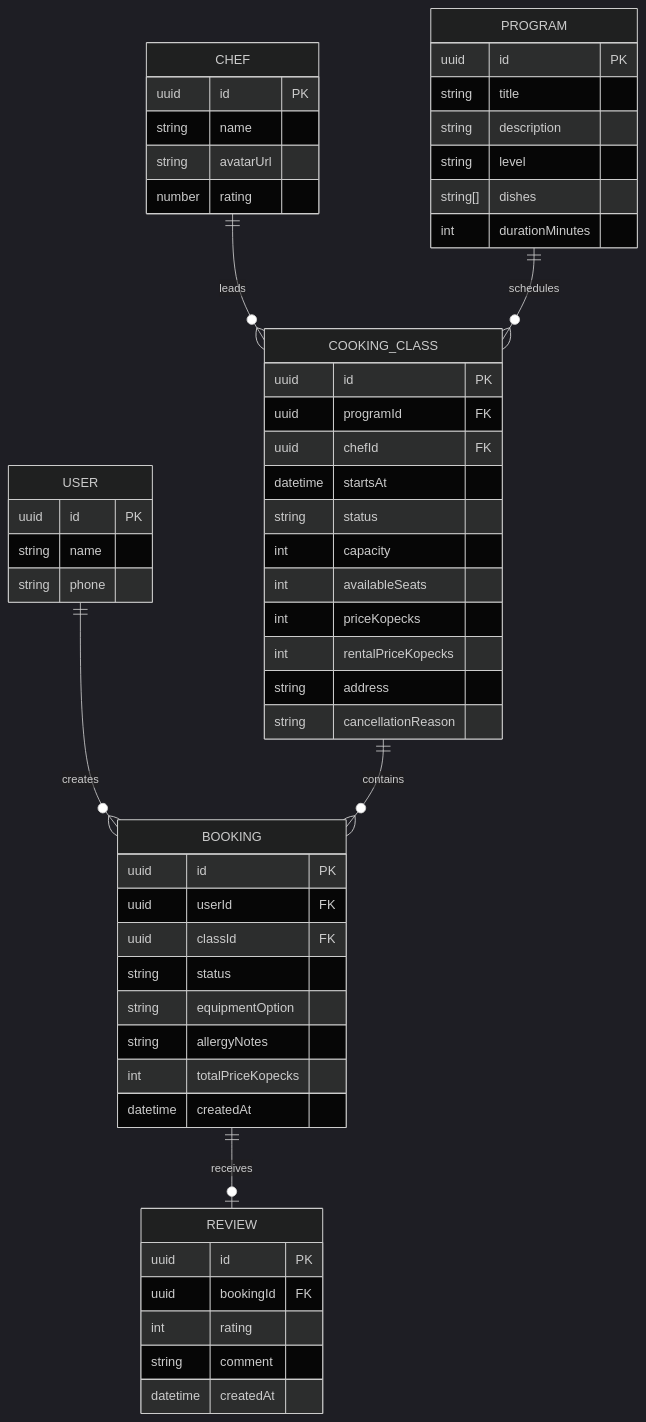
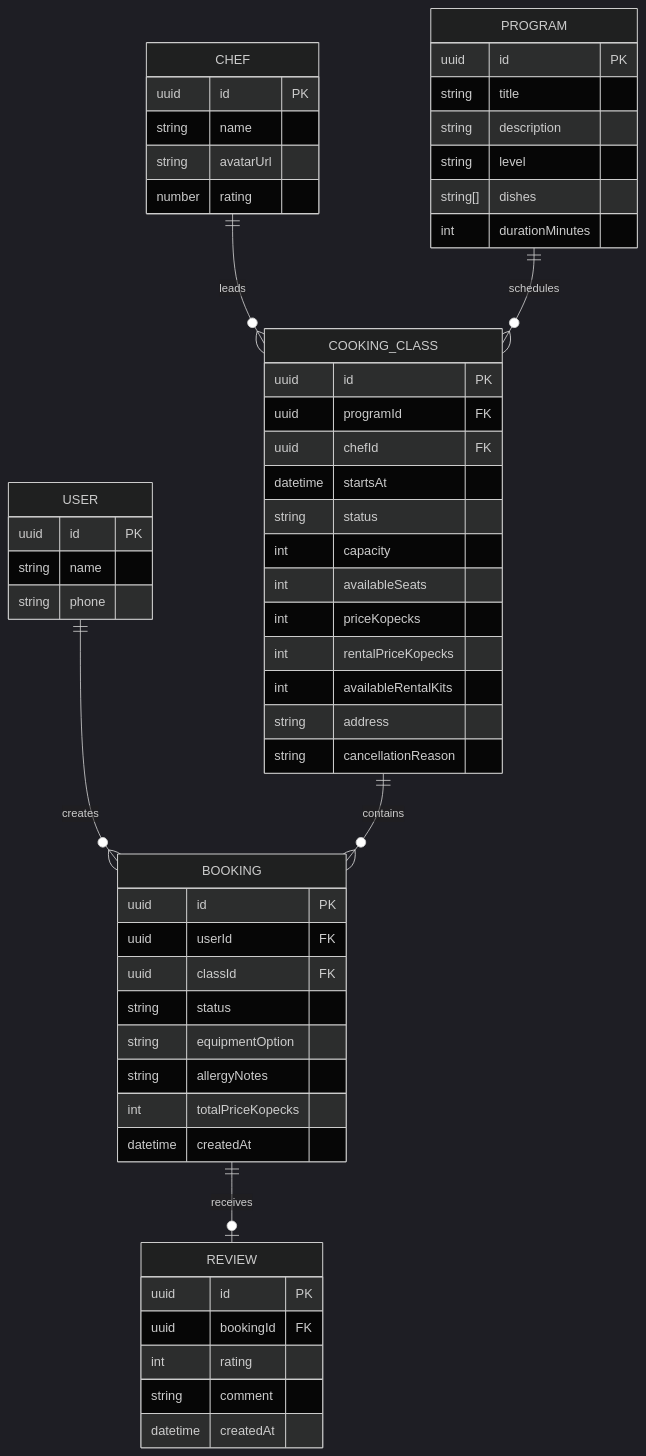
One commit to Dockstage/chef-table-app changed the diagram in docs/02-design/data-model.md. Above: the diagram before and after it, drawn with Mermaid (dark theme). The commit also changed other lines of this file and 10 other files, not shown here.

````diff
--- a/docs/02-design/data-model.md
+++ b/docs/02-design/data-model.md
@@ -3,58 +3,59 @@
 ```mermaid
 erDiagram
     USER ||--o{ BOOKING : creates
     COOKING_CLASS ||--o{ BOOKING : contains
     CHEF ||--o{ COOKING_CLASS : leads
     PROGRAM ||--o{ COOKING_CLASS : schedules
     BOOKING ||--o| REVIEW : receives
 
     USER {
       uuid id PK
       string name
       string phone
     }
     CHEF {
       uuid id PK
       string name
       string avatarUrl
       number rating
     }
     PROGRAM {
       uuid id PK
       string title
       string description
       string level
       string[] dishes
       int durationMinutes
     }
     COOKING_CLASS {
       uuid id PK
       uuid programId FK
       uuid chefId FK
       datetime startsAt
       string status
       int capacity
       int availableSeats
       int priceKopecks
       int rentalPriceKopecks
+      int availableRentalKits
       string address
       string cancellationReason
     }
     BOOKING {
       uuid id PK
       uuid userId FK
       uuid classId FK
       string status
       string equipmentOption
       string allergyNotes
       int totalPriceKopecks
       datetime createdAt
     }
     REVIEW {
       uuid id PK
       uuid bookingId FK
       int rating
       string comment
       datetime createdAt
     }
 ```
````
